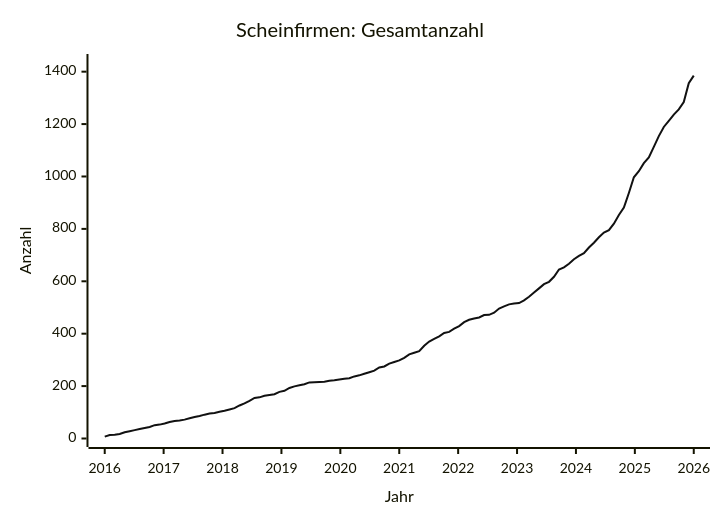
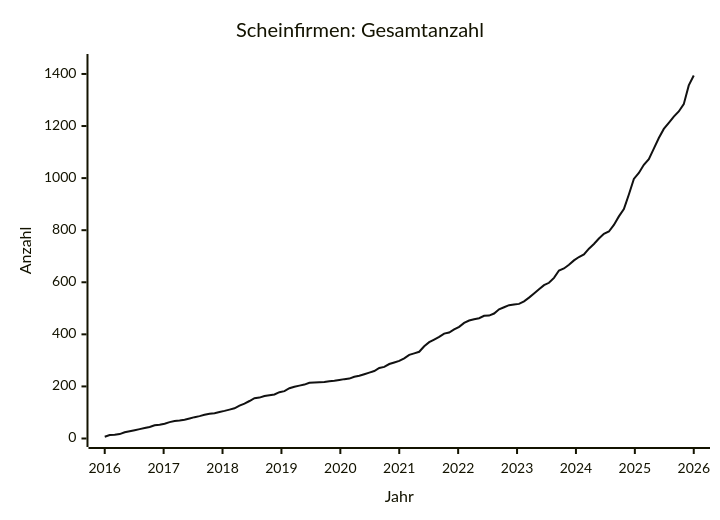
Before and after one commit to arjoma/scheinfirmen-at: the diagram in data/STATS.md, drawn with Mermaid. The commit also changed other lines of this file and 3 other files, not shown here.

````diff
--- a/data/STATS.md
+++ b/data/STATS.md
@@ -9,13 +9,13 @@
 ```mermaid
 ---
 config:
   themeVariables:
     xyChart:
       plotColorPalette: "#111111"
 ---
 xychart-beta
     title "Scheinfirmen: Gesamtanzahl"
     x-axis "Jahr" 2016 --> 2026
-    y-axis "Anzahl" 0 --> 1435
-    line [7, 13, 14, 17, 24, 28, 32, 36, 40, 44, 51, 53, 57, 63, 67, 69, 72, 77, 82, 86, 91, 95, 97, 102, 106, 111, 116, 126, 134, 144, 155, 157, 163, 166, 169, 178, 182, 193, 199, 203, 207, 214, 215, 216, 217, 220, 222, 225, 228, 230, 237, 241, 247, 253, 259, 271, 275, 286, 292, 298, 308, 321, 327, 333, 354, 370, 380, 390, 403, 407, 419, 429, 444, 453, 458, 462, 471, 472, 480, 496, 504, 512, 515, 517, 527, 541, 557, 573, 589, 598, 617, 645, 653, 667, 684, 697, 707, 729, 747, 768, 786, 795, 820, 853, 881, 937, 997, 1020, 1051, 1073, 1113, 1154, 1189, 1212, 1236, 1256, 1284, 1356, 1385]
+    y-axis "Anzahl" 0 --> 1444
+    line [7, 13, 14, 17, 24, 28, 32, 36, 40, 44, 51, 53, 57, 63, 67, 69, 72, 77, 82, 86, 91, 95, 97, 102, 106, 111, 116, 126, 134, 144, 155, 157, 163, 166, 169, 178, 182, 193, 199, 203, 207, 214, 215, 216, 217, 220, 222, 225, 228, 230, 237, 241, 247, 253, 259, 271, 275, 286, 292, 298, 308, 321, 327, 333, 354, 370, 380, 390, 403, 407, 419, 429, 444, 453, 458, 462, 471, 472, 480, 496, 504, 512, 515, 517, 527, 541, 557, 573, 589, 598, 617, 645, 653, 667, 684, 697, 707, 729, 747, 768, 786, 795, 820, 853, 881, 937, 997, 1020, 1051, 1073, 1113, 1154, 1189, 1212, 1236, 1256, 1284, 1356, 1394]
 ```
````
